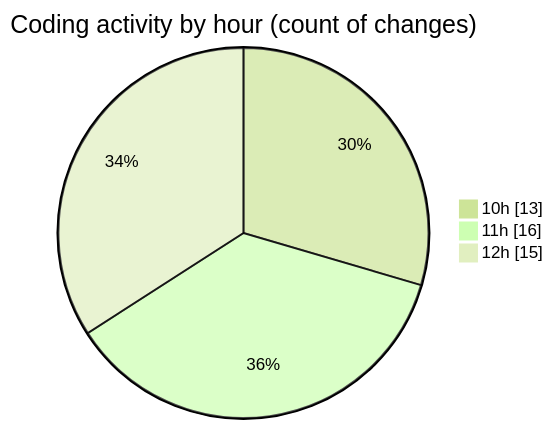
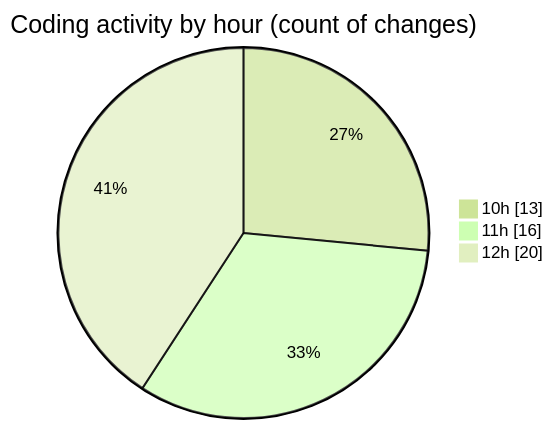
One commit to momahboobian/code-tracking changed the second of 2 diagrams in 2025-05-27/cda/README.md. Above: the diagram before and after it, drawn with Mermaid (forest theme). The commit also changed other lines of this file and 1 other file, not shown here.

````diff
--- a/2025-05-27/cda/README.md
+++ b/2025-05-27/cda/README.md
@@ -38,7 +38,7 @@
 ```mermaid
 pie showData
 title Coding activity by hour (count of changes)
 "10h" : 13
 "11h" : 16
-"12h" : 15
+"12h" : 20
 ```
````
